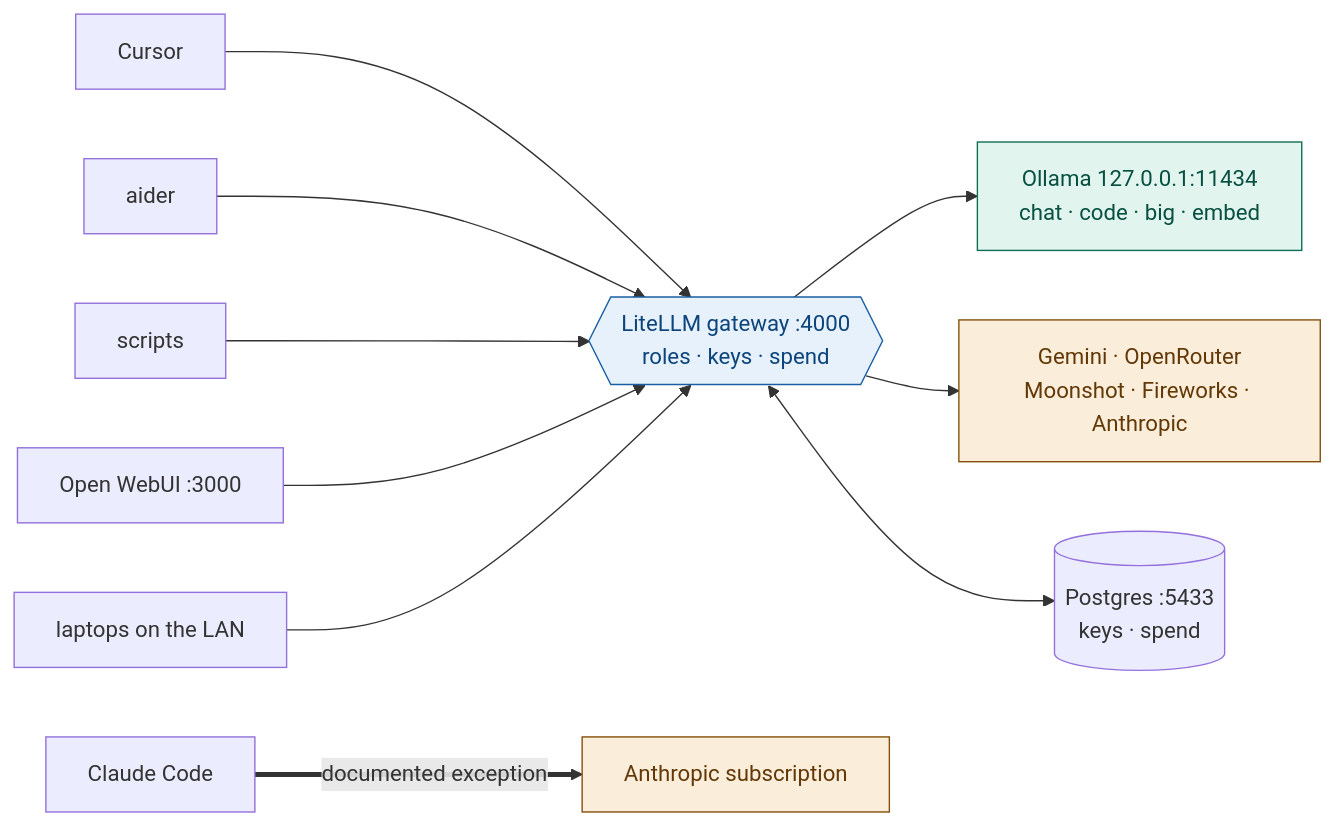
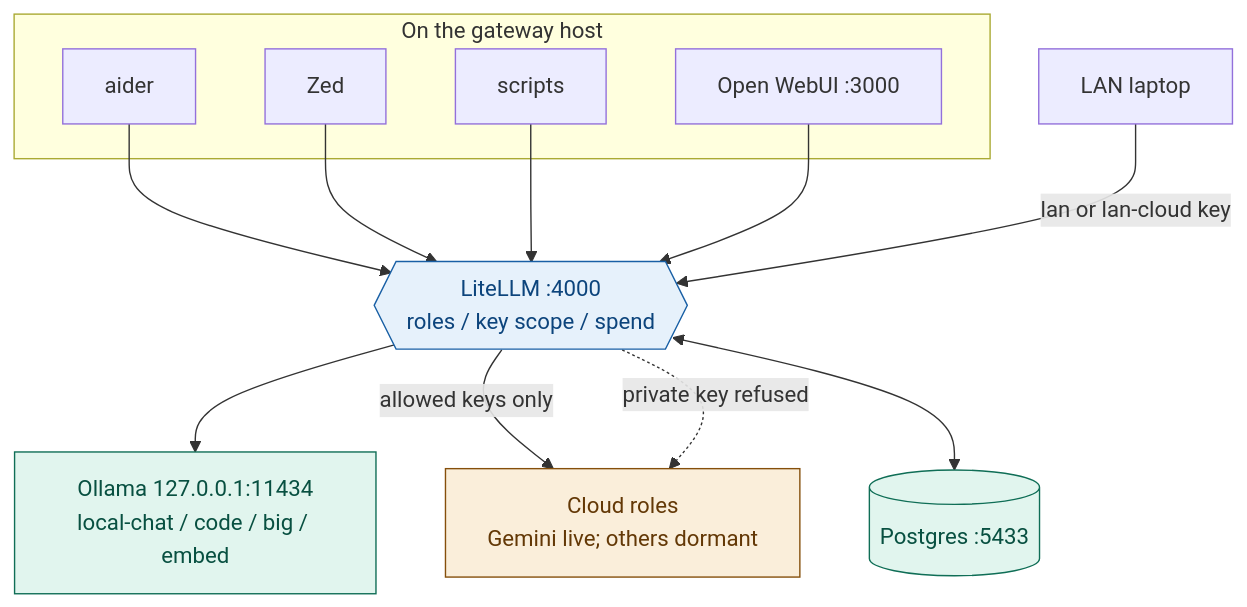
Before and after one commit to ouster/hearth: the diagram in docs/ARCHITECTURE.md, drawn with Mermaid. The commit also changed other lines of this file and 40 other files, not shown here.

````diff
--- a/docs/ARCHITECTURE.md
+++ b/docs/ARCHITECTURE.md
@@ -7,37 +8,36 @@
 ```mermaid
-flowchart LR
-    cursor["Cursor"]
-    aider["aider"]
-    scripts["scripts"]
-    webui["Open WebUI :3000"]
-    laptop["laptops on the LAN"]
+flowchart TB
+    subgraph onHost["On the gateway host"]
+        aider["aider"]
+        zed["Zed"]
+        scripts["scripts"]
+        webui["Open WebUI :3000"]
+    end
 
-    gw{{"LiteLLM gateway :4000<br/>roles · keys · spend"}}
-    pg[("Postgres :5433<br/>keys · spend")]
+    laptop["LAN laptop"]
 
-    ollama["Ollama 127.0.0.1:11434<br/>chat · code · big · embed"]
-    cloud["Gemini · OpenRouter<br/>Moonshot · Fireworks · Anthropic"]
+    gw{{"LiteLLM :4000<br/>roles / key scope / spend"}}
+    pg[("Postgres :5433")]
 
-    cc["Claude Code"]
-    anth["Anthropic subscription"]
+    ollama["Ollama 127.0.0.1:11434<br/>local-chat / code / big / embed"]
+    cloud["Cloud roles<br/>Gemini live; others dormant"]
 
-    cursor --> gw
     aider --> gw
+    zed --> gw
     scripts --> gw
     webui --> gw
-    laptop --> gw
+    laptop -->|"lan or lan-cloud key"| gw
 
     gw --> ollama
-    gw --> cloud
+    gw -->|"allowed keys only"| cloud
+    gw -.->|"private key refused"| cloud
     gw <--> pg
-
-    cc ==>|"documented exception"| anth
 
     classDef localCls fill:#E1F5EE,stroke:#0F6E56,color:#085041
     classDef cloudCls fill:#FAEEDA,stroke:#854F0B,color:#633806
     classDef gwCls fill:#E6F1FB,stroke:#185FA5,color:#0C447C
 
-    class ollama localCls
-    class cloud,anth cloudCls
+    class ollama,pg localCls
+    class cloud cloudCls
     class gw gwCls
 ```
````
